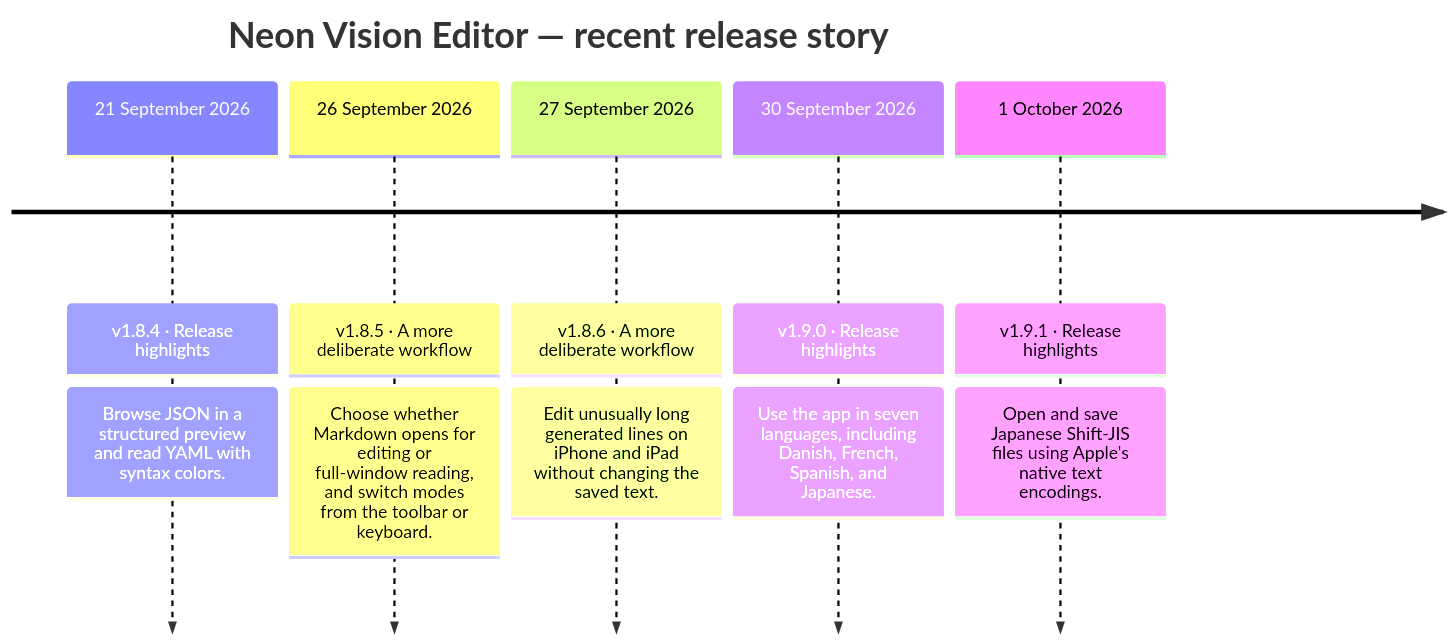
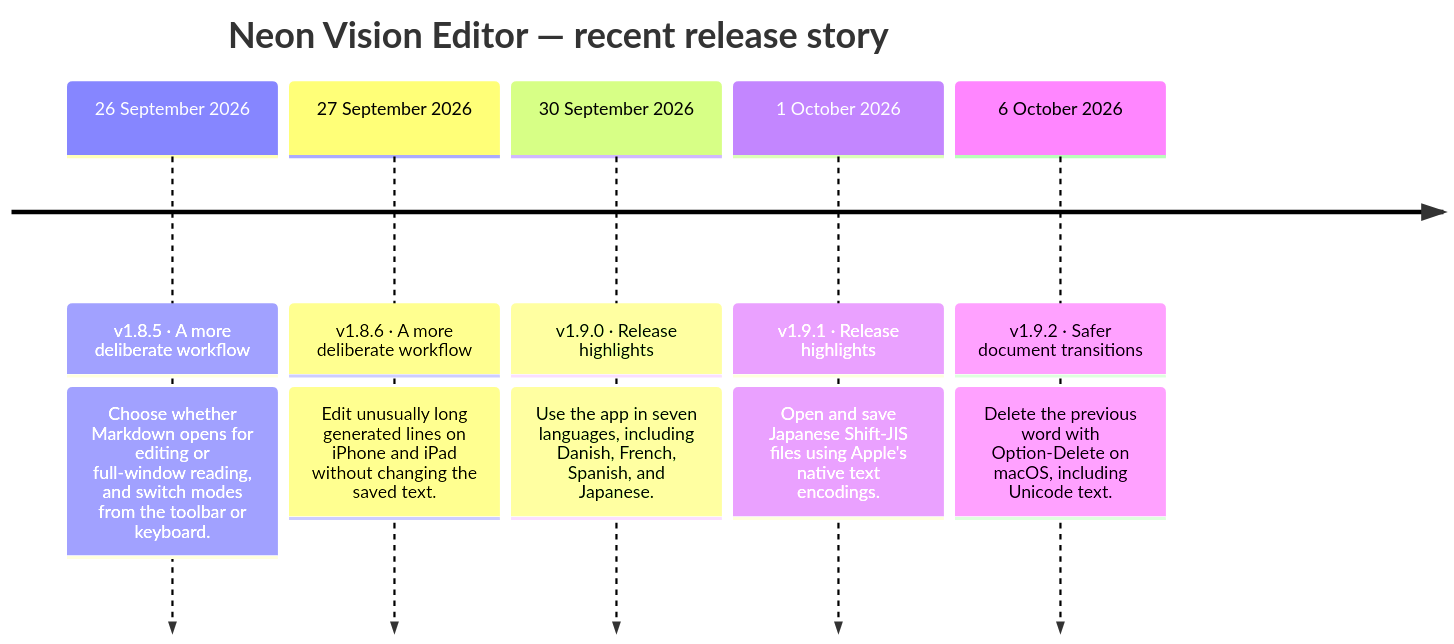
One commit to h3pdesign/Neon-Vision-Editor changed the diagram in README.md. Above: the diagram before and after it, drawn with Mermaid. The commit also changed other lines of this file and 9 other files, not shown here.

````diff
--- a/README.md
+++ b/README.md
@@ -760,14 +759,14 @@
 ```mermaid
 timeline
     title Neon Vision Editor — recent release story
-    21 September 2026 : v1.8.4 · Release highlights
-                : Browse JSON in a structured preview and read YAML with syntax colors.
     26 September 2026 : v1.8.5 · A more deliberate workflow
                 : Choose whether Markdown opens for editing or full-window reading, and switch modes from the toolbar or keyboard.
     27 September 2026 : v1.8.6 · A more deliberate workflow
                 : Edit unusually long generated lines on iPhone and iPad without changing the saved text.
     30 September 2026 : v1.9.0 · Release highlights
                 : Use the app in seven languages, including Danish, French, Spanish, and Japanese.
     1 October 2026 : v1.9.1 · Release highlights
                 : Open and save Japanese Shift-JIS files using Apple's native text encodings.
+    6 October 2026 : v1.9.2 · Safer document transitions
+                : Delete the previous word with Option-Delete on macOS, including Unicode text.
 ```
````
